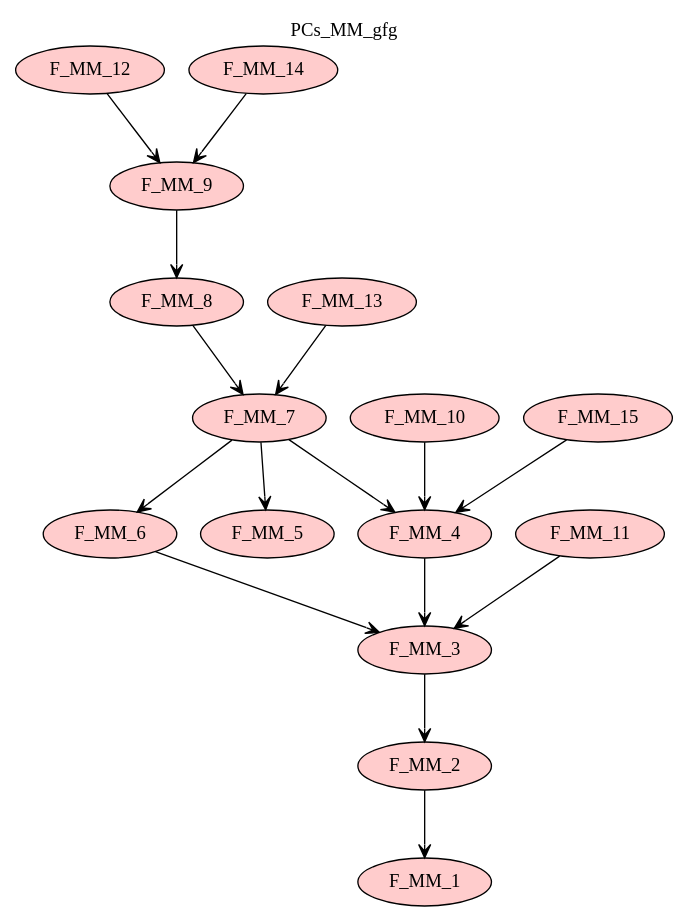
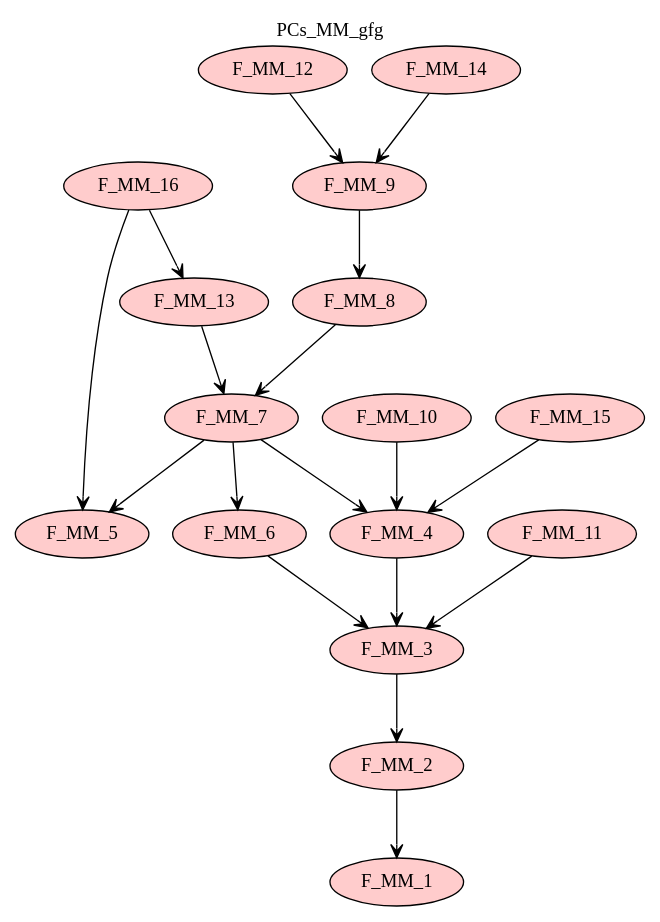
Before and after one commit to namalio/Fragmenta: the diagram in Haskell/PCs/MM/img/PCs_MM_gfg.gv, drawn with Graphviz. The commit also changed 100 other files, not shown here.

```diff
--- a/Haskell/PCs/MM/img/PCs_MM_gfg.gv
+++ b/Haskell/PCs/MM/img/PCs_MM_gfg.gv
@@ -1,33 +1,36 @@
 digraph {graph[label=PCs_MM_gfg,labelloc=tl,labelfontsize=12];
 "F_MM_1"[shape=oval,fillcolor="#FFCCCC",style ="filled",label="F_MM_1"];
 "F_MM_2"[shape=oval,fillcolor="#FFCCCC",style ="filled",label="F_MM_2"];
 "F_MM_3"[shape=oval,fillcolor="#FFCCCC",style ="filled",label="F_MM_3"];
 "F_MM_4"[shape=oval,fillcolor="#FFCCCC",style ="filled",label="F_MM_4"];
 "F_MM_5"[shape=oval,fillcolor="#FFCCCC",style ="filled",label="F_MM_5"];
 "F_MM_6"[shape=oval,fillcolor="#FFCCCC",style ="filled",label="F_MM_6"];
 "F_MM_7"[shape=oval,fillcolor="#FFCCCC",style ="filled",label="F_MM_7"];
 "F_MM_8"[shape=oval,fillcolor="#FFCCCC",style ="filled",label="F_MM_8"];
 "F_MM_9"[shape=oval,fillcolor="#FFCCCC",style ="filled",label="F_MM_9"];
 "F_MM_10"[shape=oval,fillcolor="#FFCCCC",style ="filled",label="F_MM_10"];
 "F_MM_11"[shape=oval,fillcolor="#FFCCCC",style ="filled",label="F_MM_11"];
 "F_MM_12"[shape=oval,fillcolor="#FFCCCC",style ="filled",label="F_MM_12"];
 "F_MM_13"[shape=oval,fillcolor="#FFCCCC",style ="filled",label="F_MM_13"];
 "F_MM_14"[shape=oval,fillcolor="#FFCCCC",style ="filled",label="F_MM_14"];
 "F_MM_15"[shape=oval,fillcolor="#FFCCCC",style ="filled",label="F_MM_15"];
+"F_MM_16"[shape=oval,fillcolor="#FFCCCC",style ="filled",label="F_MM_16"];
 
 "F_MM_2"->"F_MM_1"[label=" ",dir=forward,arrowhead=vee];
 "F_MM_3"->"F_MM_2"[label=" ",dir=forward,arrowhead=vee];
 "F_MM_4"->"F_MM_3"[label=" ",dir=forward,arrowhead=vee];
 "F_MM_6"->"F_MM_3"[label=" ",dir=forward,arrowhead=vee];
 "F_MM_7"->"F_MM_4"[label=" ",dir=forward,arrowhead=vee];
 "F_MM_7"->"F_MM_5"[label=" ",dir=forward,arrowhead=vee];
 "F_MM_7"->"F_MM_6"[label=" ",dir=forward,arrowhead=vee];
 "F_MM_8"->"F_MM_7"[label=" ",dir=forward,arrowhead=vee];
 "F_MM_9"->"F_MM_8"[label=" ",dir=forward,arrowhead=vee];
 "F_MM_10"->"F_MM_4"[label=" ",dir=forward,arrowhead=vee];
 "F_MM_11"->"F_MM_3"[label=" ",dir=forward,arrowhead=vee];
 "F_MM_12"->"F_MM_9"[label=" ",dir=forward,arrowhead=vee];
 "F_MM_13"->"F_MM_7"[label=" ",dir=forward,arrowhead=vee];
 "F_MM_14"->"F_MM_9"[label=" ",dir=forward,arrowhead=vee];
 "F_MM_15"->"F_MM_4"[label=" ",dir=forward,arrowhead=vee];
+"F_MM_16"->"F_MM_5"[label=" ",dir=forward,arrowhead=vee];
+"F_MM_16"->"F_MM_13"[label=" ",dir=forward,arrowhead=vee];
 }
```
